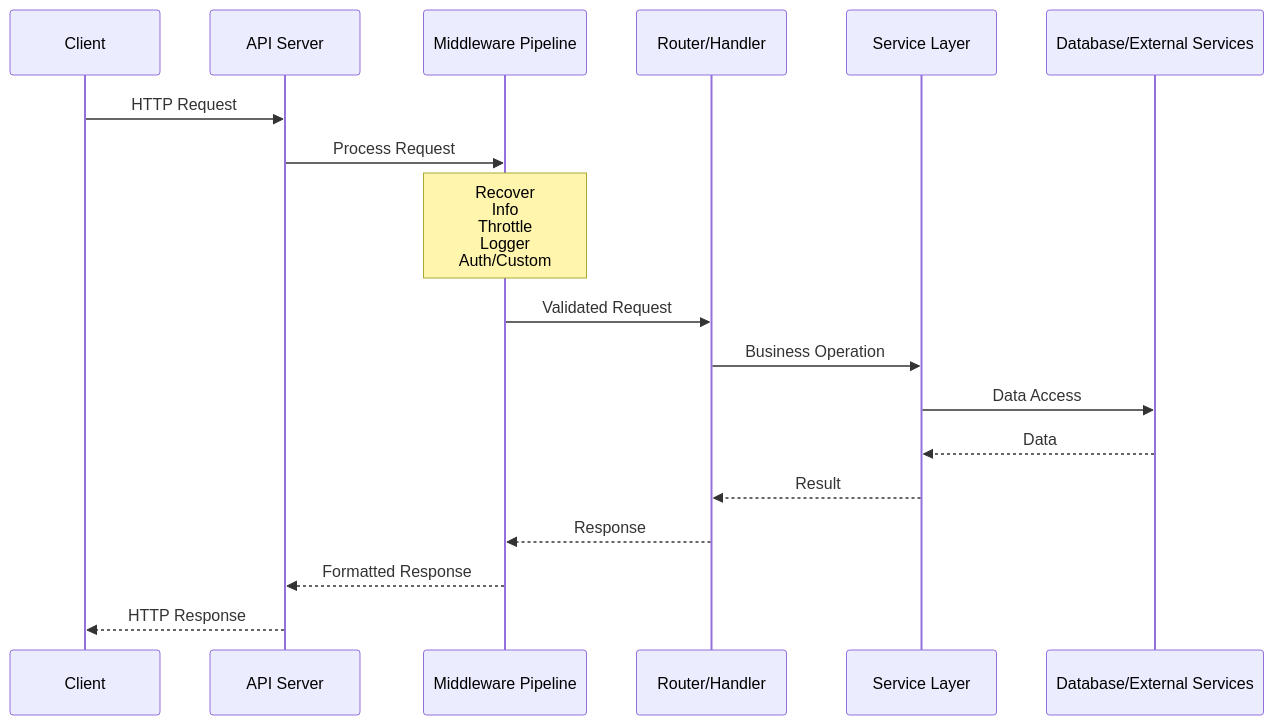
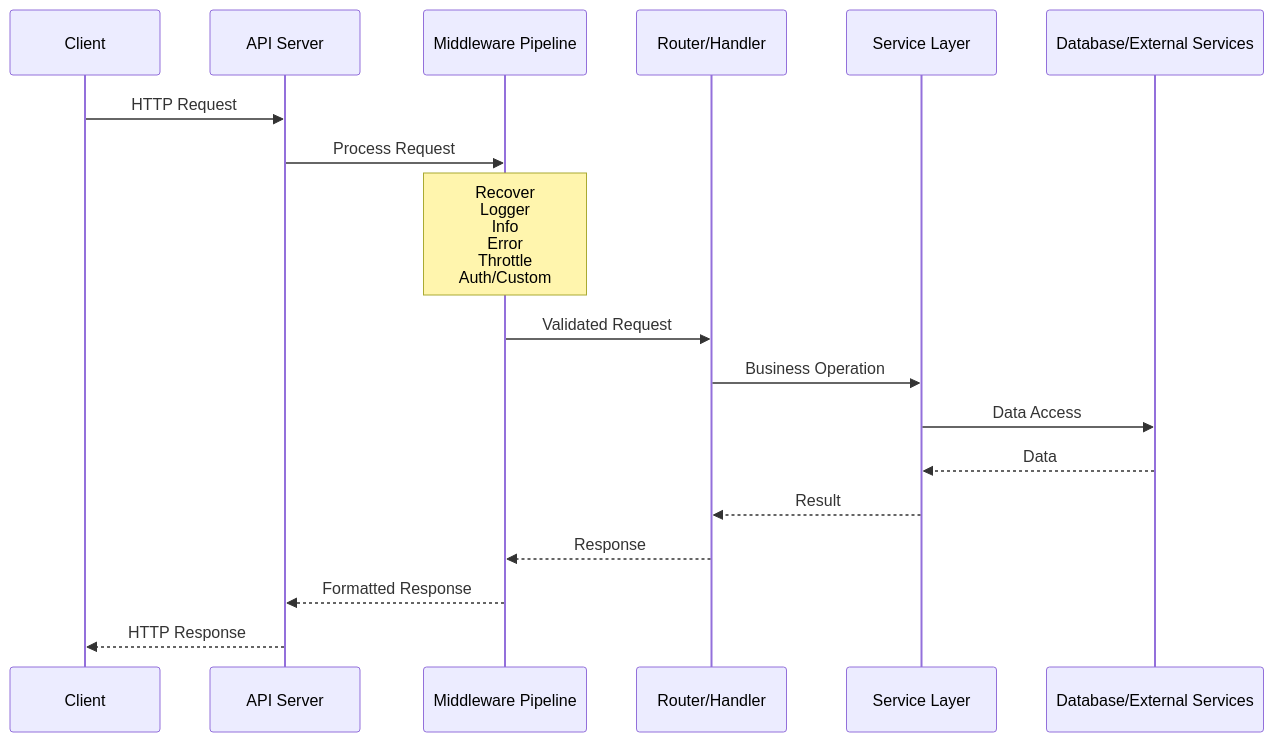
One commit to xhanio/framingo changed the second of 2 diagrams in README.md. Above: the diagram before and after it, drawn with Mermaid. The commit also changed other lines of this file, not shown here.

````diff
--- a/README.md
+++ b/README.md
@@ -115,21 +121,21 @@
 ```mermaid
 sequenceDiagram
     participant Client
     participant APIServer as API Server
     participant Middleware as Middleware Pipeline
     participant Router as Router/Handler
     participant Service as Service Layer
     participant DB as Database/External Services
 
     Client->>APIServer: HTTP Request
     APIServer->>Middleware: Process Request
-    Note over Middleware: Recover<br/>Info<br/>Throttle<br/>Logger<br/>Auth/Custom
+    Note over Middleware: Recover<br/>Logger<br/>Info<br/>Error<br/>Throttle<br/>Auth/Custom
     Middleware->>Router: Validated Request
     Router->>Service: Business Operation
     Service->>DB: Data Access
     DB-->>Service: Data
     Service-->>Router: Result
     Router-->>Middleware: Response
     Middleware-->>APIServer: Formatted Response
     APIServer-->>Client: HTTP Response
 ```
````
